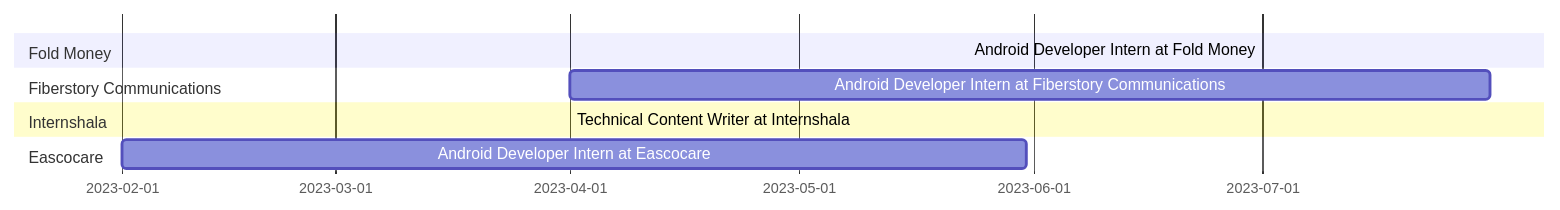
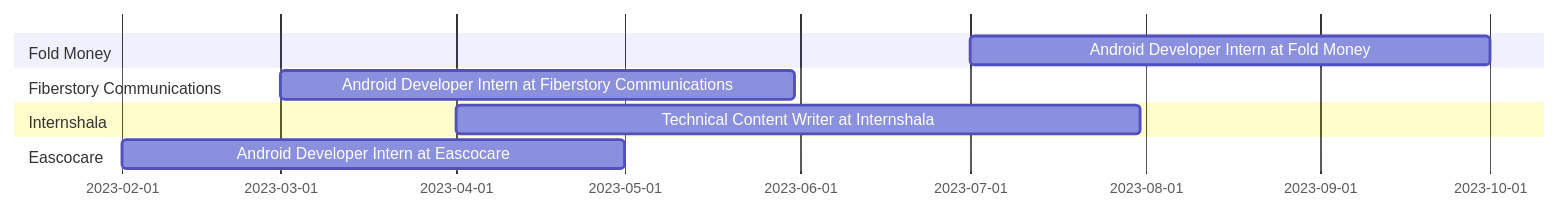
One commit to thekaailashsharma/thekaailashsharma changed the first of 3 diagrams in README.md. Above: the diagram before and after it, drawn with Mermaid.

Commit message:
Minor Bug Fixes

````diff
--- a/README.md
+++ b/README.md
@@ -26,13 +26,14 @@
 ```mermaid
   gantt
     dateFormat  YYYY-MM-DD
     section Fold Money
-    Android Developer Intern at Fold Money :a1, 2023-07-01, Present
+    Android Developer Intern at Fold Money :a1, 2023-07-01, 2023-10-01
     section Fiberstory Communications
-    Android Developer Intern at Fiberstory Communications :a2, 2023-04-01, 2023-07-31
+    Android Developer Intern at Fiberstory Communications :a2, 2023-03-01, 2023-05-31
     section Internshala
-    Technical Content Writer at Internshala :a3, 2023-04-01, Present
+    Technical Content Writer at Internshala :a3, 2023-04-01, 2023-07-31
     section Eascocare
-    Android Developer Intern at Eascocare :a4, 2023-02-01, 2023-05-31
+    Android Developer Intern at Eascocare :a4, 2023-02-01, 2023-05-01
+
 
 ```
````
